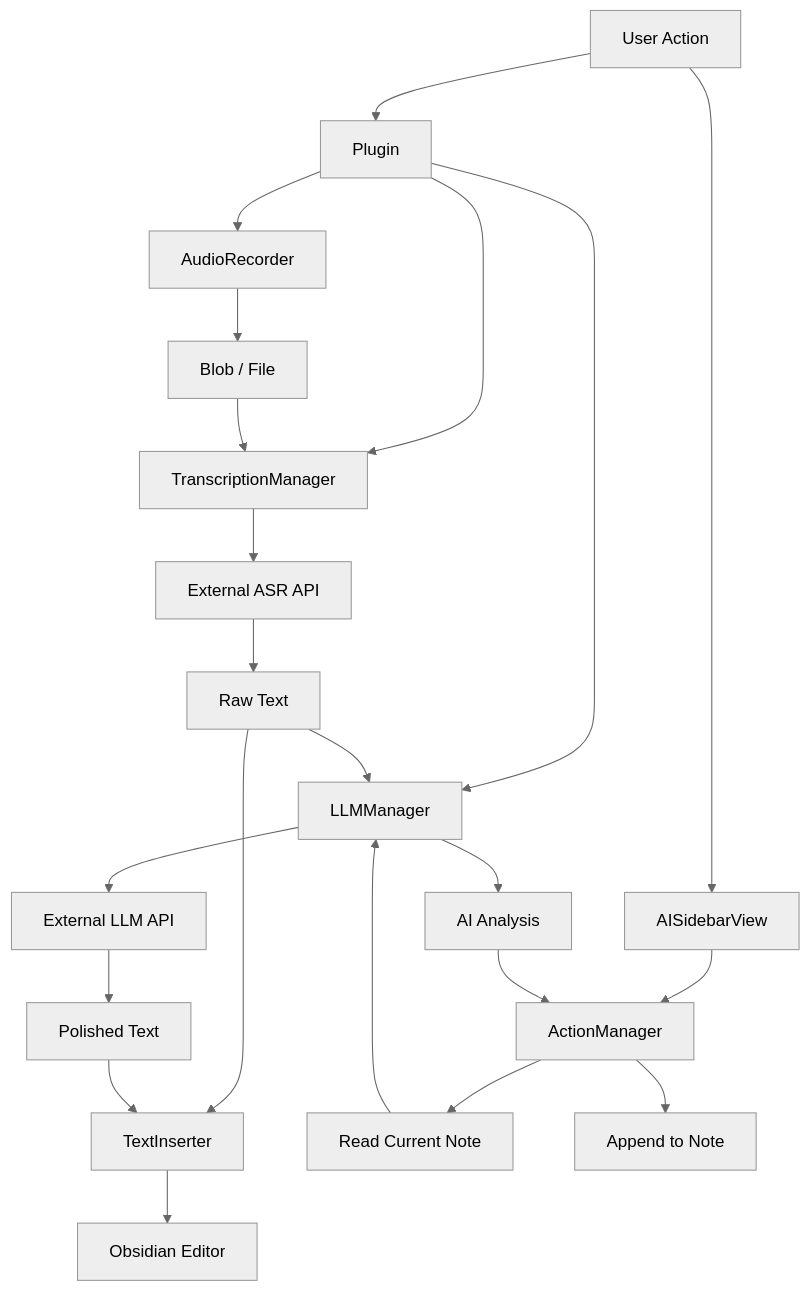
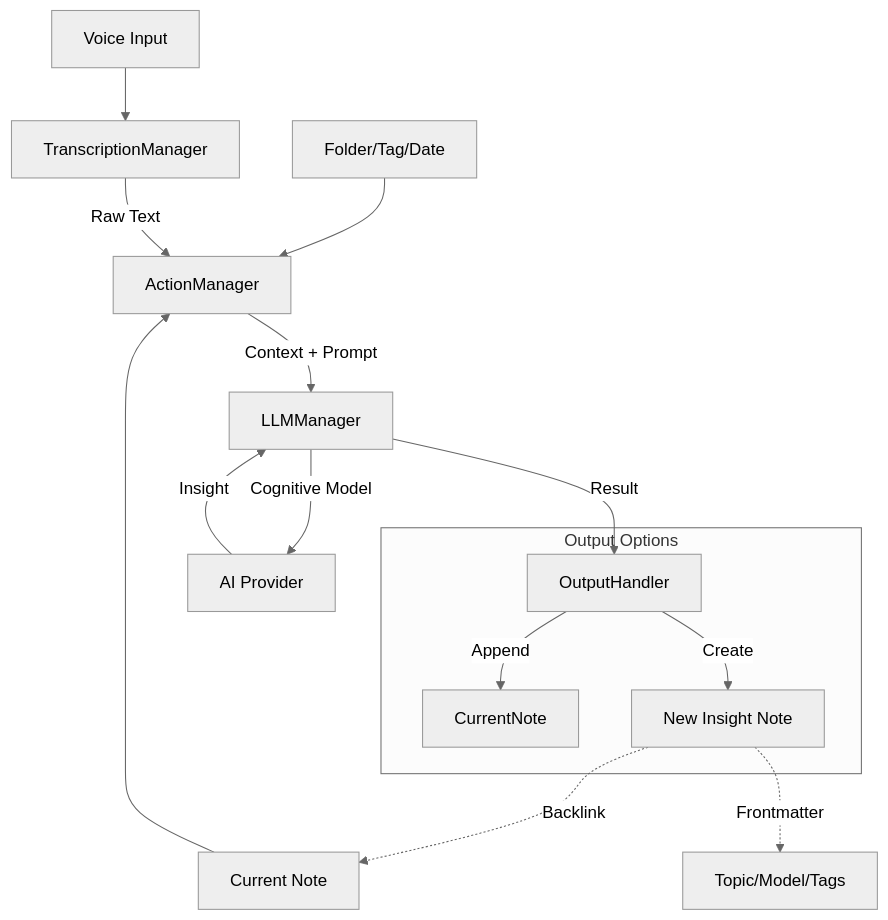
One commit to perseveringman/ASR-Transcription changed the diagram in docs/architecture.md. Above: the diagram before and after it, drawn with Mermaid (neutral theme). The commit also changed other lines of this file and 2 other files, not shown here.

Commit message:
docs: 重构文档结构并更新核心概念 - 新增 features.md 详细介绍 6 大类 AI 认知动作 - 重写 architecture.md 以反映 ActionManager 的核心地位 - 优化 providers.md，强调推理型模型的重要性

````diff
--- a/docs/architecture.md
+++ b/docs/architecture.md
@@ -55,29 +48,26 @@
 ```mermaid
 graph TD
-    User[User Action] --> Plugin
-    Plugin --> Recorder[AudioRecorder]
-    Recorder --> AudioFile[Blob / File]
+    %% Input Sources
+    UserVoice[Voice Input] --> TM[TranscriptionManager]
+    UserNote[Current Note] --> AM[ActionManager]
+    UserFolder[Folder/Tag/Date] --> AM
     
-    Plugin --> TM[TranscriptionManager]
-    AudioFile --> TM
-    TM --> ASR_API[External ASR API]
-    ASR_API --> RawText[Raw Text]
+    %% Processing
+    TM -->|Raw Text| AM
     
-    Plugin --> LM[LLMManager]
-    RawText --> LM
-    LM --> LLM_API[External LLM API]
-    LLM_API --> PolishedText[Polished Text]
+    AM -->|Context + Prompt| LM[LLMManager]
+    LM -->|Cognitive Model| AI[AI Provider]
+    AI -->|Insight| LM
     
-    RawText --> Inserter[TextInserter]
-    PolishedText --> Inserter
-    Inserter --> Editor[Obsidian Editor]
+    %% Output
+    LM -->|Result| OutputHandler
     
-    %% AI Sidebar Flow
-    User --> Sidebar[AISidebarView]
-    Sidebar --> AM[ActionManager]
-    AM --> EditorRead[Read Current Note]
-    EditorRead --> LM
-    LM --> AIResult[AI Analysis]
-    AIResult --> AM
-    AM --> EditorWrite[Append to Note]
+    subgraph Output Options
+        OutputHandler -->|Append| CurrentNote
+        OutputHandler -->|Create| InsightNote[New Insight Note]
+    end
+    
+    %% Insight Note Structure
+    InsightNote -.->|Backlink| UserNote
+    InsightNote -.->|Frontmatter| Metadata[Topic/Model/Tags]
 ```
````
